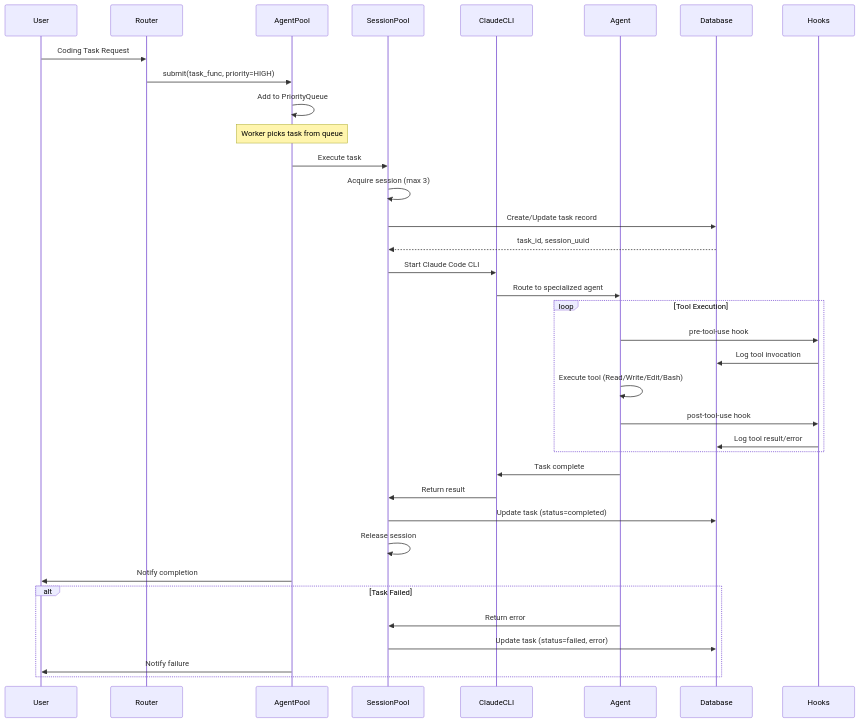
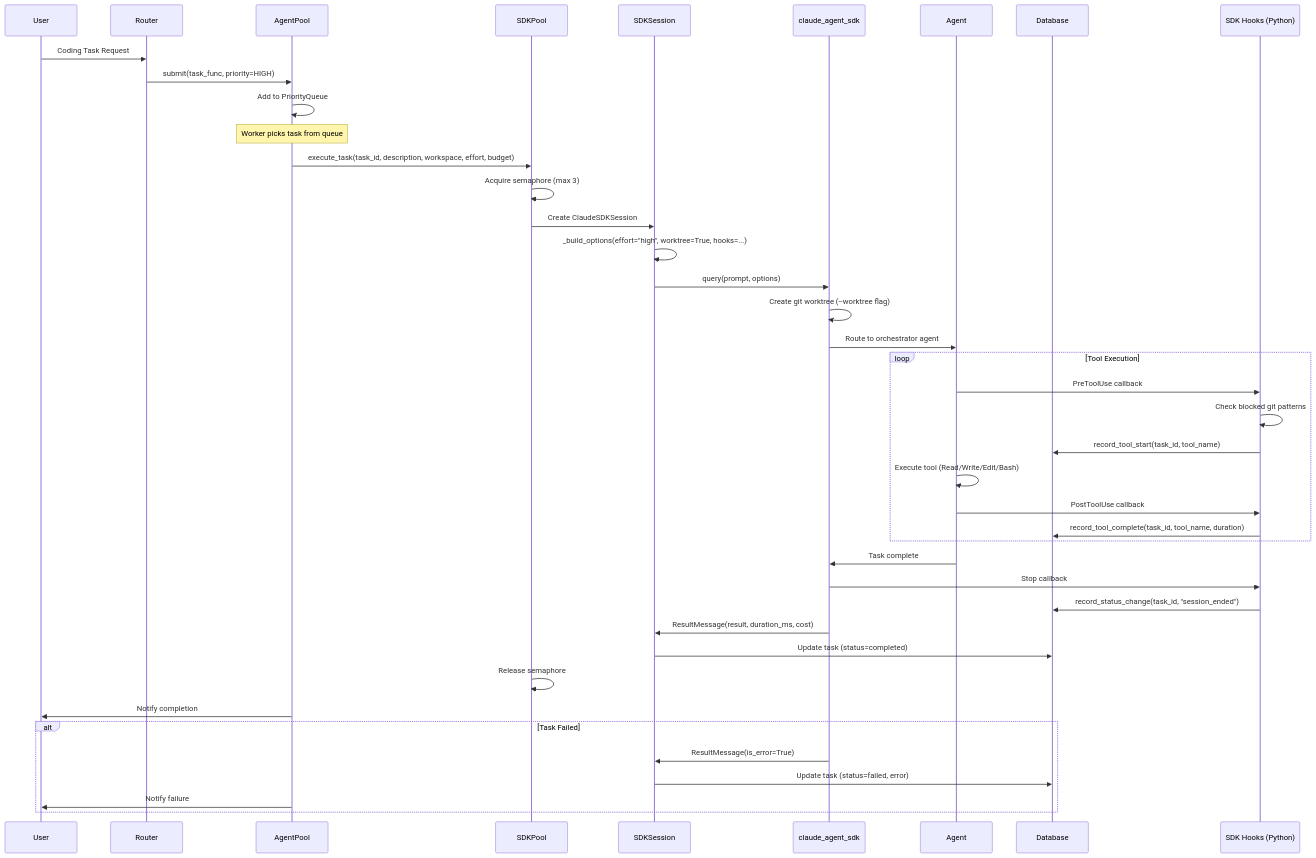
Before and after one commit to mjfuentes/amiga: the third of 5 diagrams in docs/ARCHITECTURE.md, drawn with Mermaid. The commit also changed other lines of this file and 29 other files, not shown here.

````diff
--- a/docs/ARCHITECTURE.md
+++ b/docs/ARCHITECTURE.md
@@ -222,45 +226,50 @@
 ```mermaid
 sequenceDiagram
     participant User
     participant Router
     participant AgentPool
-    participant SessionPool
-    participant ClaudeCLI
+    participant SDKPool
+    participant SDKSession
+    participant SDK as claude_agent_sdk
     participant Agent
     participant Database
-    participant Hooks
+    participant Hooks as SDK Hooks (Python)
 
     User->>Router: Coding Task Request
     Router->>AgentPool: submit(task_func, priority=HIGH)
     AgentPool->>AgentPool: Add to PriorityQueue
 
     Note over AgentPool: Worker picks task from queue
 
-    AgentPool->>SessionPool: Execute task
-    SessionPool->>SessionPool: Acquire session (max 3)
-    SessionPool->>Database: Create/Update task record
-    Database-->>SessionPool: task_id, session_uuid
+    AgentPool->>SDKPool: execute_task(task_id, description, workspace, effort, budget)
+    SDKPool->>SDKPool: Acquire semaphore (max 3)
+    SDKPool->>SDKSession: Create ClaudeSDKSession
 
-    SessionPool->>ClaudeCLI: Start Claude Code CLI
-    ClaudeCLI->>Agent: Route to specialized agent
+    SDKSession->>SDKSession: _build_options(effort="high", worktree=True, hooks=...)
+    SDKSession->>SDK: query(prompt, options)
+    SDK->>SDK: Create git worktree (--worktree flag)
+    SDK->>Agent: Route to orchestrator agent
 
     loop Tool Execution
-        Agent->>Hooks: pre-tool-use hook
-        Hooks->>Database: Log tool invocation
+        Agent->>Hooks: PreToolUse callback
+        Hooks->>Hooks: Check blocked git patterns
+        Hooks->>Database: record_tool_start(task_id, tool_name)
         Agent->>Agent: Execute tool (Read/Write/Edit/Bash)
-        Agent->>Hooks: post-tool-use hook
-        Hooks->>Database: Log tool result/error
+        Agent->>Hooks: PostToolUse callback
+        Hooks->>Database: record_tool_complete(task_id, tool_name, duration)
     end
 
-    Agent->>ClaudeCLI: Task complete
-    ClaudeCLI->>SessionPool: Return result
-    SessionPool->>Database: Update task (status=completed)
-    SessionPool->>SessionPool: Release session
+    Agent->>SDK: Task complete
+    SDK->>Hooks: Stop callback
+    Hooks->>Database: record_status_change(task_id, "session_ended")
+    SDK->>SDKSession: ResultMessage(result, duration_ms, cost)
+    SDKSession->>Database: Update task (status=completed)
+    SDKPool->>SDKPool: Release semaphore
     AgentPool->>User: Notify completion
 
     alt Task Failed
-        Agent->>SessionPool: Return error
-        SessionPool->>Database: Update task (status=failed, error)
+        SDK->>SDKSession: ResultMessage(is_error=True)
+        SDKSession->>Database: Update task (status=failed, error)
         AgentPool->>User: Notify failure
     end
 ```
````
